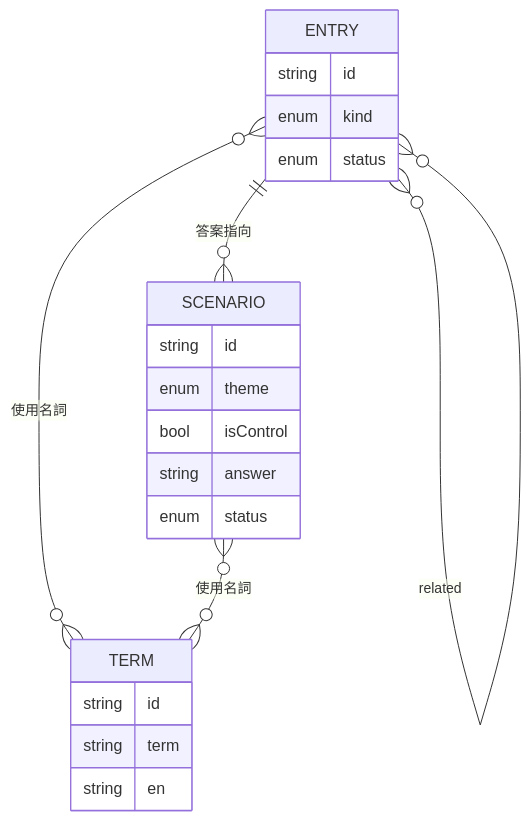
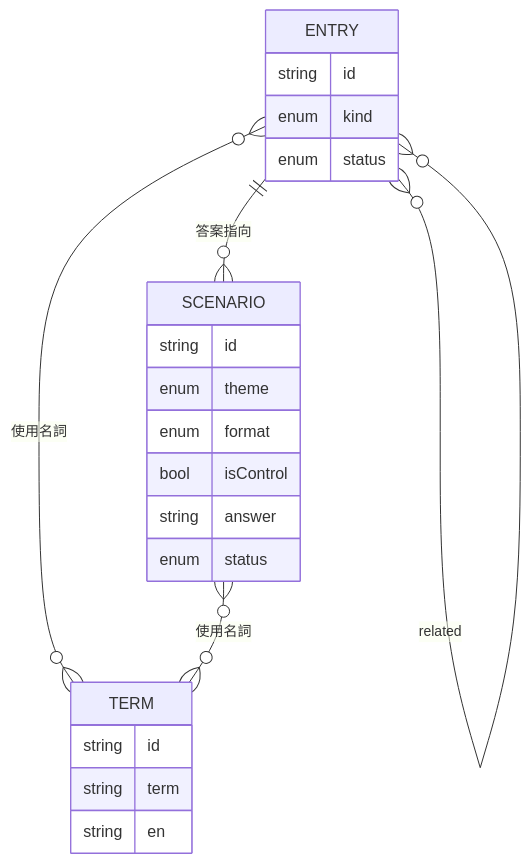
Before and after one commit to ecologic-tw/ecologic-tw.github.io: the diagram in docs/sdd/02-domain-model.md, drawn with Mermaid. The commit also changed other lines of this file and 16 other files, not shown here.

````diff
--- a/docs/sdd/02-domain-model.md
+++ b/docs/sdd/02-domain-model.md
@@ -5,24 +5,25 @@
 ```mermaid
 erDiagram
   ENTRY ||--o{ SCENARIO : "答案指向"
   ENTRY }o--o{ ENTRY : "related"
   ENTRY }o--o{ TERM : "使用名詞"
   SCENARIO }o--o{ TERM : "使用名詞"
   ENTRY {
     string id
     enum kind
     enum status
   }
   SCENARIO {
     string id
     enum theme
+    enum format
     bool isControl
     string answer
     enum status
   }
   TERM {
     string id
     string term
     string en
   }
 ```
````
